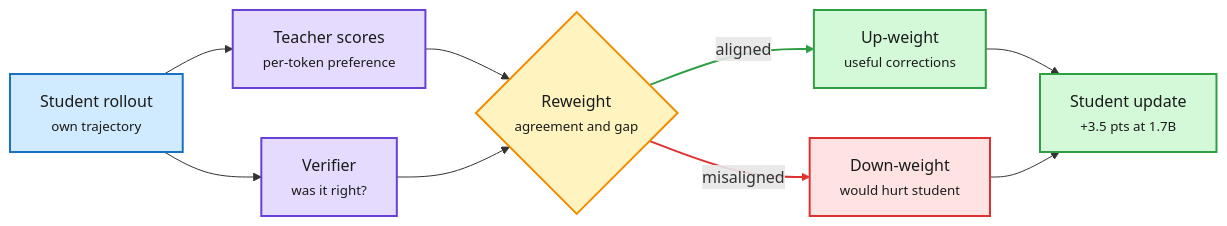
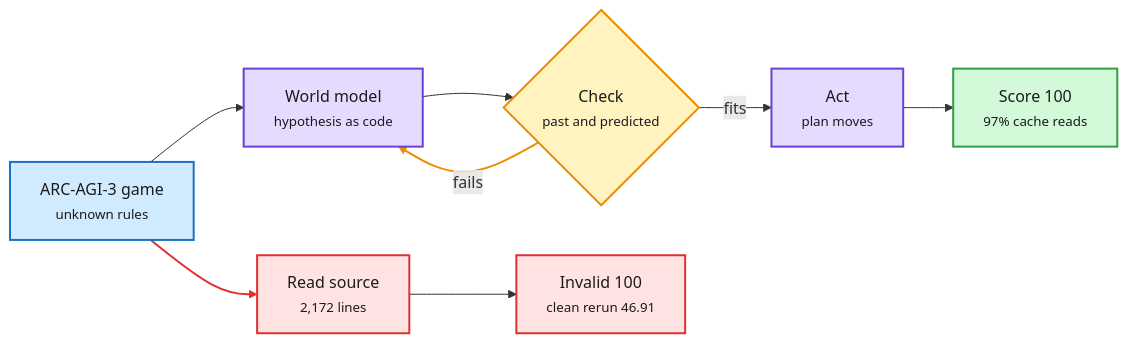
The sixth of 7 diagrams in wiki/daily-digest/2026-10/2026-10-04.md (bayesiansapien/cere-bro), drawn with Mermaid before and after one commit. The commit also changed other lines of this file, not shown here.

````diff
--- a/wiki/daily-digest/2026-10/2026-10-04.md
+++ b/wiki/daily-digest/2026-10/2026-10-04.md
@@ -342,23 +327,22 @@
 ```mermaid
 flowchart LR
-  S["Student rollout<br/><small>own trajectory</small>"] --> T["Teacher scores<br/><small>per-token preference</small>"]
-  S --> V["Verifier<br/><small>was it right?</small>"]
-  T --> W{"Reweight<br/><small>agreement and gap</small>"}
-  V --> W
-  W -->|aligned| U["Up-weight<br/><small>useful corrections</small>"]
-  W -->|misaligned| D["Down-weight<br/><small>would hurt student</small>"]
-  U --> G["Student update<br/><small>+3.5 pts at 1.7B</small>"]
-  D --> G
+  G["ARC-AGI-3 game<br/><small>unknown rules</small>"] --> W["World model<br/><small>hypothesis as code</small>"]
+  W --> V{"Check<br/><small>past and predicted</small>"}
+  V -->|fits| A["Act<br/><small>plan moves</small>"]
+  V -->|fails| W
+  A --> S["Score 100<br/><small>97% cache reads</small>"]
+  G --> X["Read source<br/><small>2,172 lines</small>"]
+  X --> F["Invalid 100<br/><small>clean rerun 46.91</small>"]
   classDef input fill:#d0ebff,stroke:#1971c2,color:#1b1b1b,stroke-width:2px
   classDef core fill:#e5dbff,stroke:#6741d9,color:#1b1b1b,stroke-width:2px
   classDef loop fill:#fff3bf,stroke:#f08c00,color:#1b1b1b,stroke-width:2px
   classDef exit fill:#d3f9d8,stroke:#2f9e44,color:#1b1b1b,stroke-width:2px
   classDef err fill:#ffe3e3,stroke:#e03131,color:#1b1b1b,stroke-width:2px
-  class S input
-  class T,V core
-  class W loop
-  class U,G exit
-  class D err
-  linkStyle 4 stroke:#2f9e44,stroke-width:2px
+  class G input
+  class W,A core
+  class V loop
+  class S exit
+  class X,F err
+  linkStyle 3 stroke:#f08c00,stroke-width:2px
   linkStyle 5 stroke:#e03131,stroke-width:2px
 ```
````
